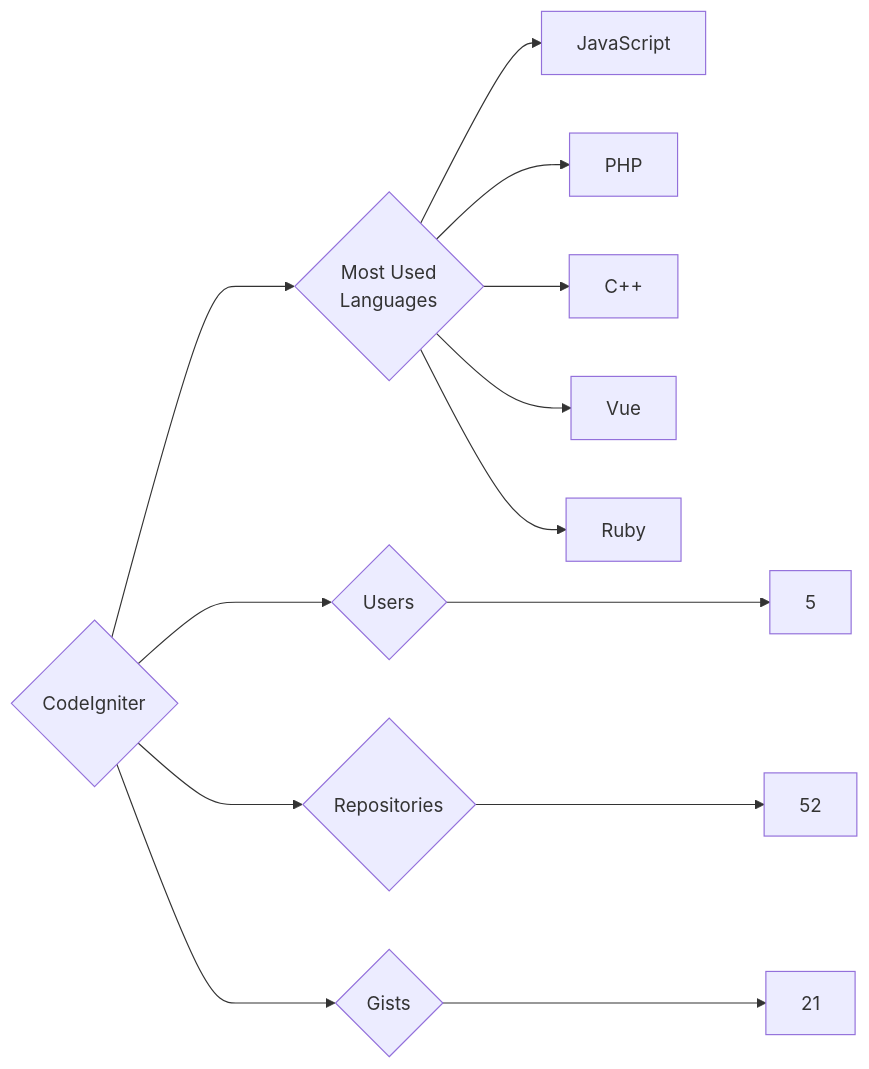
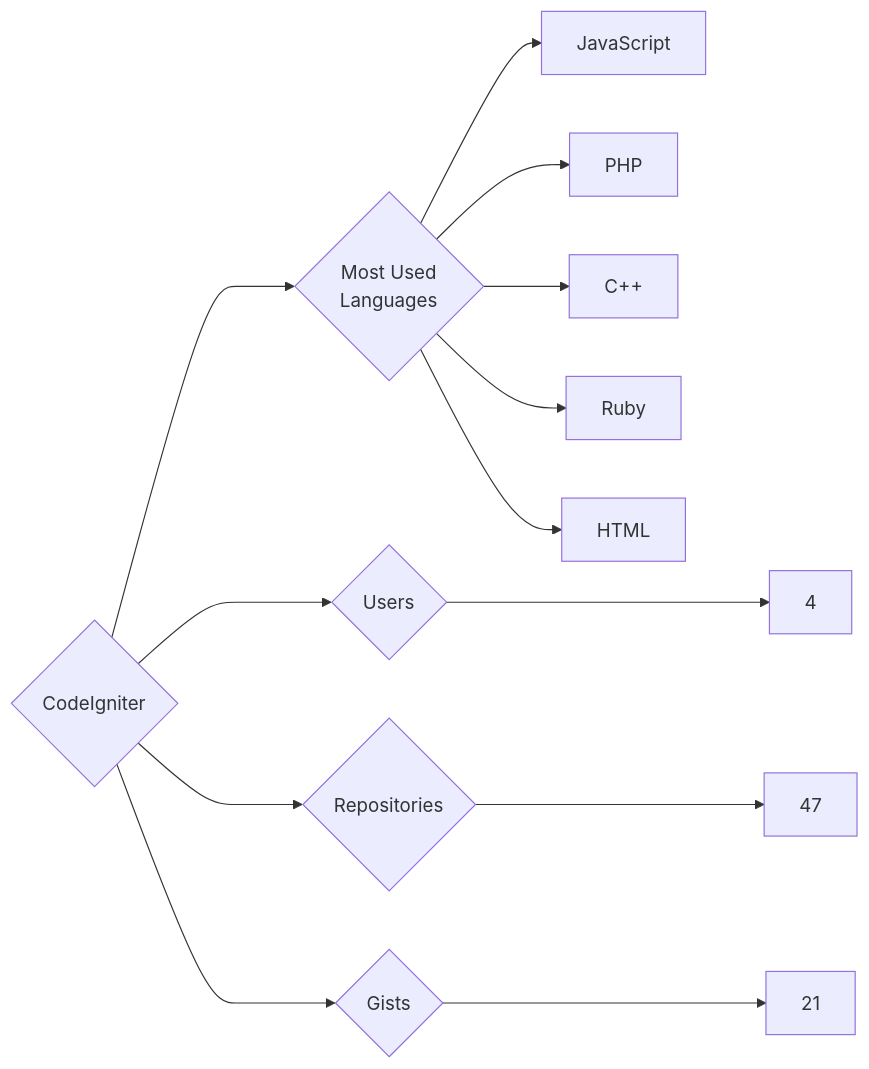
Before and after one commit to trickest/insiders: the diagram in targets/CodeIgniter/README.md, drawn with Mermaid. The commit also changed 823 other files, not shown here.

````diff
--- a/targets/CodeIgniter/README.md
+++ b/targets/CodeIgniter/README.md
@@ -3,13 +3,13 @@
 ```mermaid
 graph LR
 COMPANY_NAME{CodeIgniter}
-COMPANY_NAME ---> U{Users} ---> UN[5]
-COMPANY_NAME ---> R{Repositories} ---> RN[52]
+COMPANY_NAME ---> U{Users} ---> UN[4]
+COMPANY_NAME ---> R{Repositories} ---> RN[47]
 COMPANY_NAME ---> G{Gists} ---> GN[21]
 COMPANY_NAME ---> ML{Most Used<br>Languages}
 ML --> JavaScript[JavaScript]
 ML --> PHP[PHP]
 ML --> C++[C++]
-ML --> Vue[Vue]
 ML --> Ruby[Ruby]
+ML --> HTML[HTML]
 ```
````
